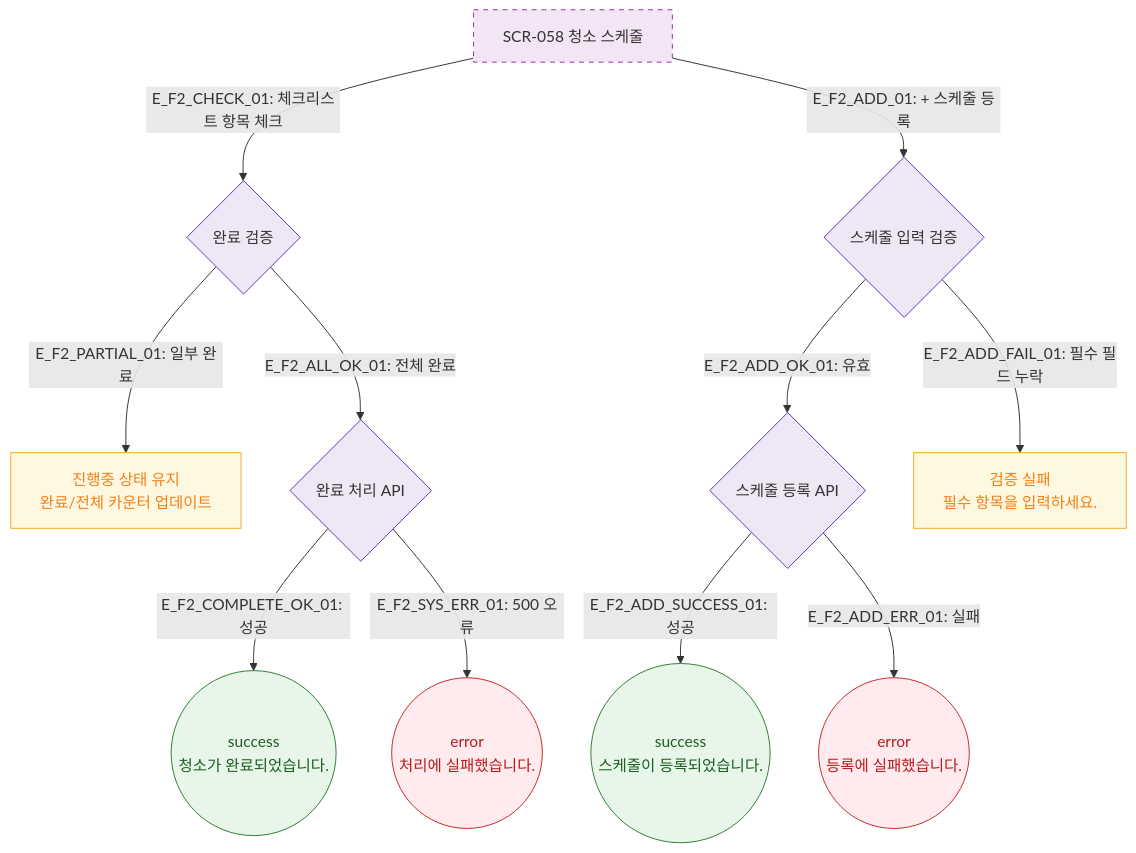
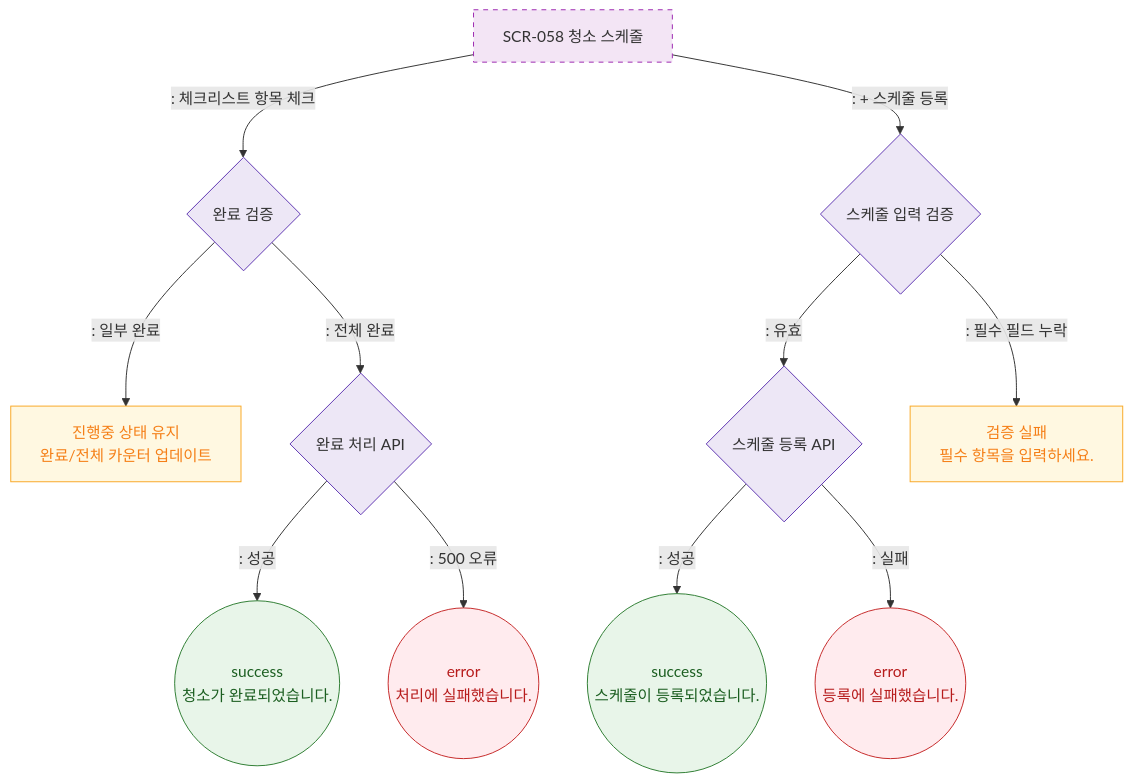
Before and after one commit to dev-spogym/admin-pando: the diagram in docs/다이어그램/D06_시설관리/SCR-058_청소스케줄/F2_메인.md, drawn with Mermaid. The commit also changed other lines of this file and 1660 other files, not shown here.

First line of the commit message:
다이어그램: 기획자/클라이언트 납품본으로 정리

````diff
--- a/docs/다이어그램/D06_시설관리/SCR-058_청소스케줄/F2_메인.md
+++ b/docs/다이어그램/D06_시설관리/SCR-058_청소스케줄/F2_메인.md
@@ -16,28 +14,28 @@
 ```mermaid
 flowchart TD
     SCR_058[SCR-058 청소 스케줄]
 
-    SCR_058 -->|"E_F2_CHECK_01: 체크리스트 항목 체크"| Validate{완료 검증}
+    SCR_058 -->|": 체크리스트 항목 체크"|Validate{완료 검증}
 
-    Validate -->|"E_F2_PARTIAL_01: 일부 완료"| PartialState[진행중 상태 유지\n완료/전체 카운터 업데이트]
-    Validate -->|"E_F2_ALL_OK_01: 전체 완료"| CompleteAPI{완료 처리 API}
-    CompleteAPI -->|"E_F2_COMPLETE_OK_01: 성공"| CompleteSuccess((success\n청소가 완료되었습니다.))
-    CompleteAPI -->|"E_F2_SYS_ERR_01: 500 오류"| SysErr((error\n처리에 실패했습니다.))
+    Validate -->|": 일부 완료"|PartialState[진행중 상태 유지\n완료/전체 카운터 업데이트]
+    Validate -->|": 전체 완료"|CompleteAPI{완료 처리 API}
+    CompleteAPI -->|": 성공"|CompleteSuccess((success\n청소가 완료되었습니다.))
+    CompleteAPI -->|": 500 오류"|SysErr((error\n처리에 실패했습니다.))
 
-    SCR_058 -->|"E_F2_ADD_01: + 스케줄 등록"| AddValidate{스케줄 입력 검증}
-    AddValidate -->|"E_F2_ADD_OK_01: 유효"| AddAPI{스케줄 등록 API}
-    AddValidate -->|"E_F2_ADD_FAIL_01: 필수 필드 누락"| AddFail[검증 실패\n필수 항목을 입력하세요.]
-    AddAPI -->|"E_F2_ADD_SUCCESS_01: 성공"| AddSuccess((success\n스케줄이 등록되었습니다.))
-    AddAPI -->|"E_F2_ADD_ERR_01: 실패"| AddErr((error\n등록에 실패했습니다.))
+    SCR_058 -->|": + 스케줄 등록"|AddValidate{스케줄 입력 검증}
+    AddValidate -->|": 유효"|AddAPI{스케줄 등록 API}
+    AddValidate -->|": 필수 필드 누락"|AddFail[검증 실패\n필수 항목을 입력하세요.]
+    AddAPI -->|": 성공"|AddSuccess((success\n스케줄이 등록되었습니다.))
+    AddAPI -->|": 실패"|AddErr((error\n등록에 실패했습니다.))
 
     classDef newFeature fill:#F3E5F5,stroke:#9C27B0,stroke-dasharray:5 5
     classDef success fill:#E8F5E9,stroke:#2E7D32,color:#1B5E20
     classDef error fill:#FFEBEE,stroke:#C62828,color:#B71C1C
     classDef warning fill:#FFF8E1,stroke:#F9A825,color:#F57F17
     classDef system fill:#EDE7F6,stroke:#5E35B2
     class SCR_058 newFeature
     class CompleteSuccess,AddSuccess success
     class SysErr,AddErr error
     class PartialState,AddFail warning
     class Validate,CompleteAPI,AddValidate,AddAPI system
 ```
````
